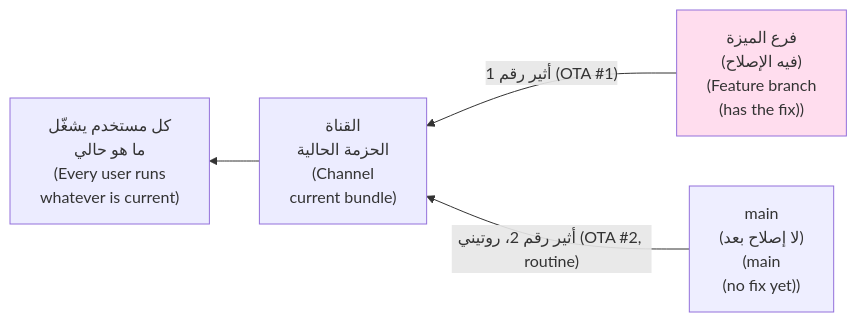
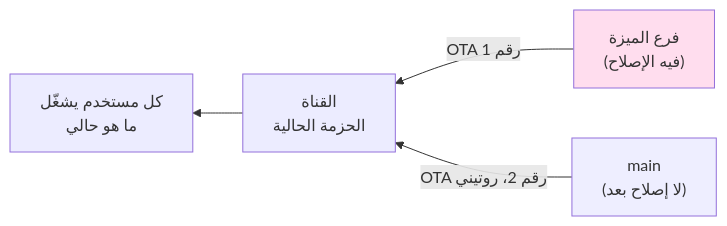
The second of 7 diagrams in modules/06-many-clients/module.ar.md (Tamoura/system-design-for-vibe-coders), drawn with Mermaid before and after one commit. The commit also changed other lines of this file and 551 other files, not shown here.

````diff
--- a/modules/06-many-clients/module.ar.md
+++ b/modules/06-many-clients/module.ar.md
@@ -189,8 +189,8 @@
 ```mermaid
 flowchart RL
-    B["فرع الميزة<br/>(فيه الإصلاح)<br/>(Feature branch<br/>(has the fix))"] -->|"أثير رقم 1 (OTA #1)"| CH["القناة<br/>الحزمة الحالية<br/>(Channel<br/>current bundle)"]
-    M["main<br/>(لا إصلاح بعد)<br/>(main<br/>(no fix yet))"] -->|"أثير رقم 2، روتيني (OTA #2, routine)"| CH
-    CH --> U["كل مستخدم يشغّل<br/>ما هو حالي<br/>(Every user runs<br/>whatever is current)"]
+    B["فرع الميزة<br/>(فيه الإصلاح)"] -->|"OTA رقم 1"| CH["القناة<br/>الحزمة الحالية"]
+    M["main<br/>(لا إصلاح بعد)"] -->|"OTA رقم 2، روتيني"| CH
+    CH --> U["كل مستخدم يشغّل<br/>ما هو حالي"]
     style B fill:#fde
     style M fill:#eef
 ```
````
